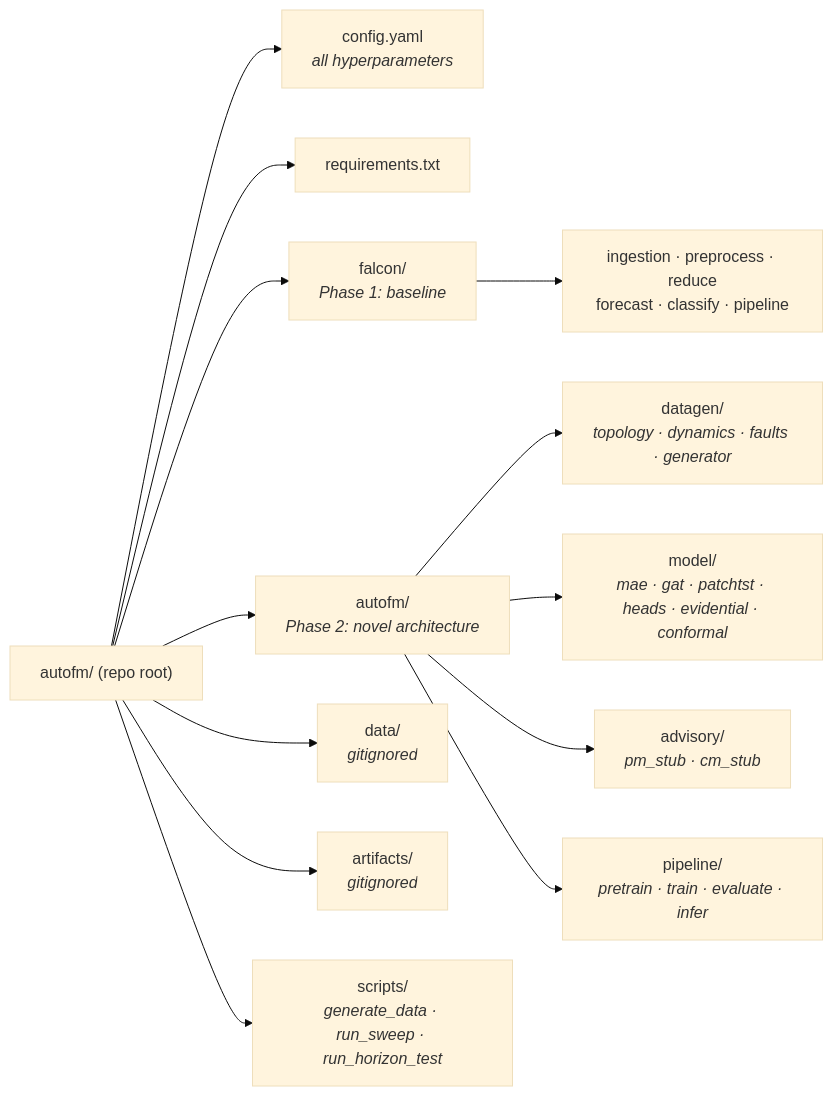
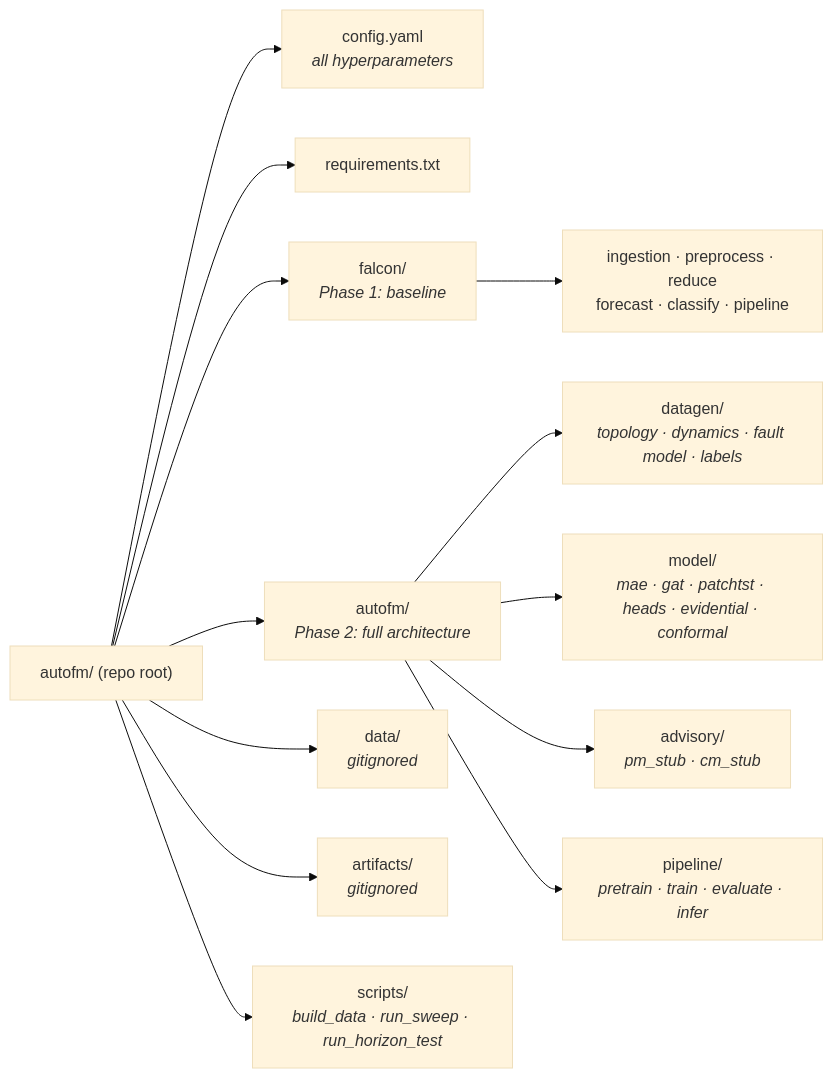
Before and after one commit to basillicus/autofm: the fourth of 4 diagrams in docs/SYSTEM_DESIGN.md, drawn with Mermaid (base theme). The commit also changed other lines of this file, not shown here.

````diff
--- a/docs/SYSTEM_DESIGN.md
+++ b/docs/SYSTEM_DESIGN.md
@@ -303,19 +251,19 @@
 ```mermaid
 flowchart LR
     ROOT["autofm/ (repo root)"]
 
     ROOT --> CFG["config.yaml<br/><i>all hyperparameters</i>"]
     ROOT --> REQ["requirements.txt"]
     ROOT --> FALCON["falcon/<br/><i>Phase 1: baseline</i>"]
-    ROOT --> PKG["autofm/<br/><i>Phase 2: novel architecture</i>"]
+    ROOT --> PKG["autofm/<br/><i>Phase 2: full architecture</i>"]
     ROOT --> DATA["data/<br/><i>gitignored</i>"]
     ROOT --> ART["artifacts/<br/><i>gitignored</i>"]
-    ROOT --> SCRIPTS["scripts/<br/><i>generate_data · run_sweep · run_horizon_test</i>"]
+    ROOT --> SCRIPTS["scripts/<br/><i>build_data · run_sweep · run_horizon_test</i>"]
 
     FALCON --> FMOD["ingestion · preprocess · reduce<br/>forecast · classify · pipeline"]
 
-    PKG --> DGEN["datagen/<br/><i>topology · dynamics · faults · generator</i>"]
+    PKG --> DGEN["datagen/<br/><i>topology · dynamics · fault model · labels</i>"]
     PKG --> MODEL["model/<br/><i>mae · gat · patchtst · heads · evidential · conformal</i>"]
     PKG --> ADV["advisory/<br/><i>pm_stub · cm_stub</i>"]
     PKG --> PIPE["pipeline/<br/><i>pretrain · train · evaluate · infer</i>"]
 ```
````
